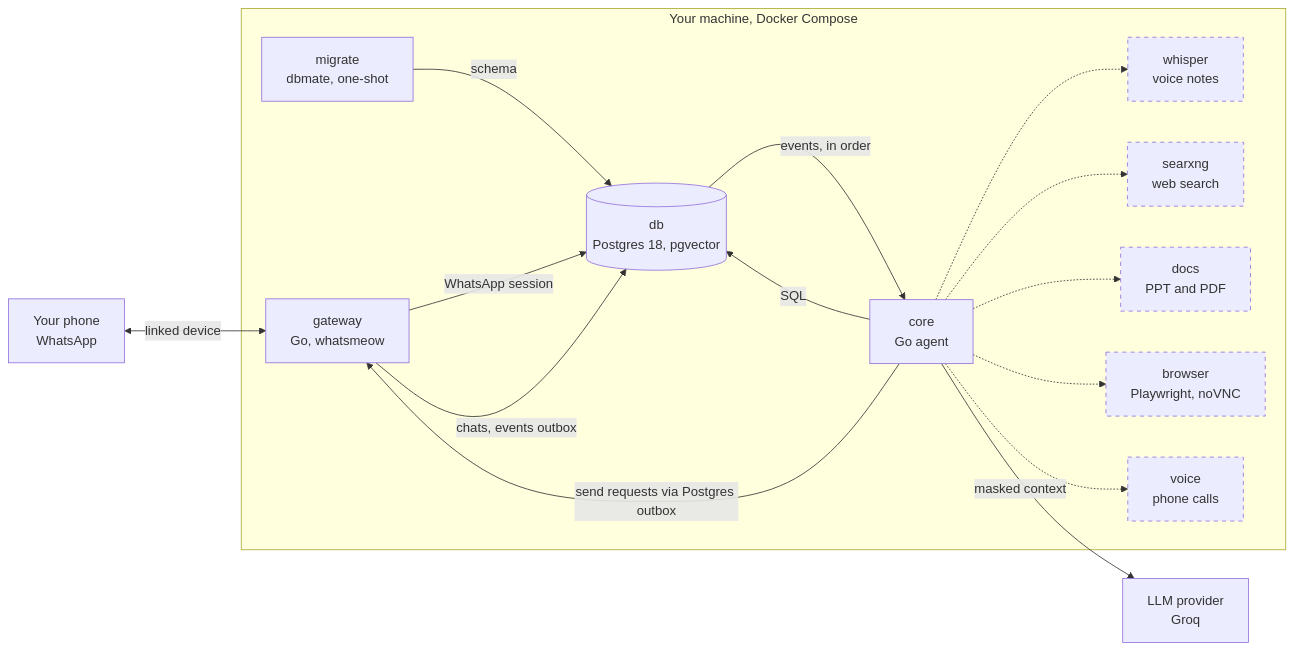
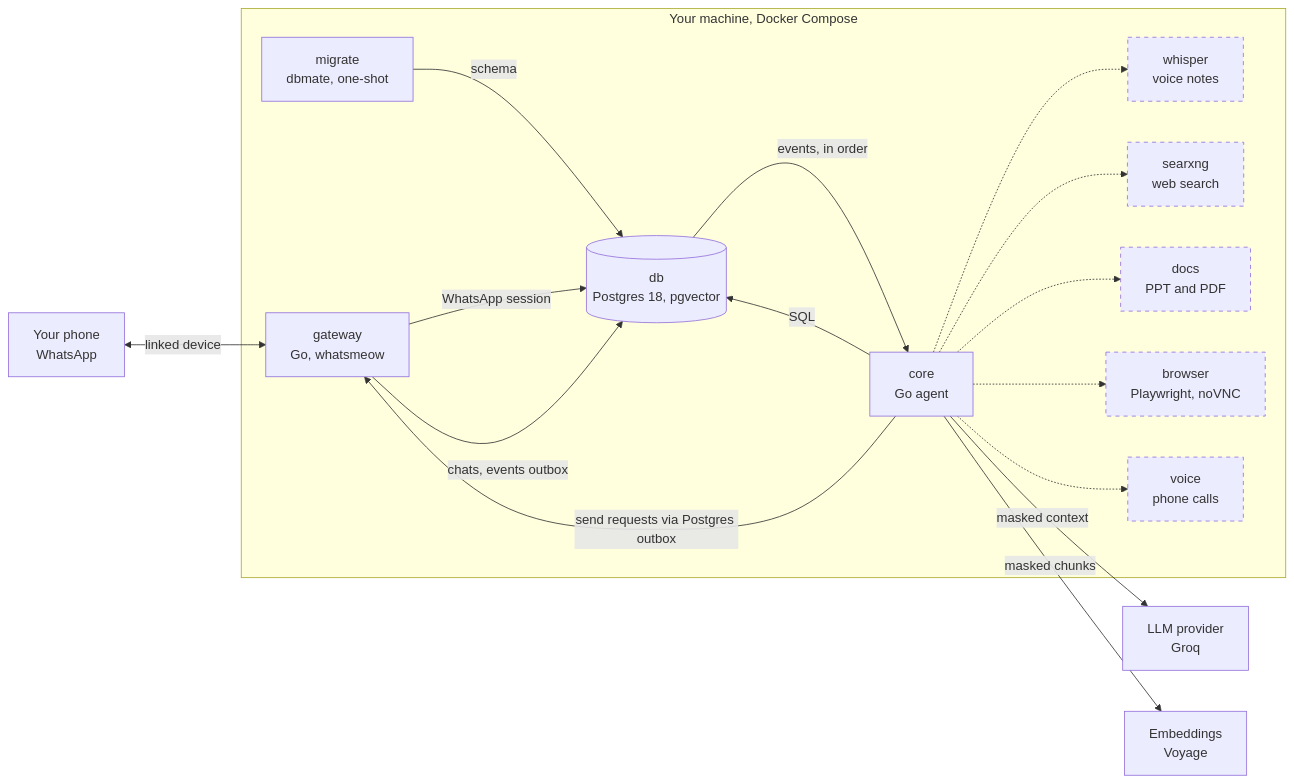
One commit to Anmolas1402/kaya changed the first of 5 diagrams in README.md. Above: the diagram before and after it, drawn with Mermaid. The commit also changed other lines of this file and 2 other files, not shown here.

````diff
--- a/README.md
+++ b/README.md
@@ -166,34 +172,36 @@
 ```mermaid
 flowchart LR
     phone["Your phone<br/>WhatsApp"]
     llm["LLM provider<br/>Groq"]
+    embed["Embeddings<br/>Voyage"]
 
     subgraph host["Your machine, Docker Compose"]
         gateway["gateway<br/>Go, whatsmeow"]
         core["core<br/>Go agent"]
         db[("db<br/>Postgres 18, pgvector")]
         migrate["migrate<br/>dbmate, one-shot"]
         whisper["whisper<br/>voice notes"]
         searxng["searxng<br/>web search"]
         docs["docs<br/>PPT and PDF"]
         browser["browser<br/>Playwright, noVNC"]
         voice["voice<br/>phone calls"]
     end
 
     phone <-->|"linked device"| gateway
     migrate -->|"schema"| db
     gateway -->|"WhatsApp session"| db
     core -->|"SQL"| db
     gateway -->|"chats, events outbox"| db
     db -->|"events, in order"| core
     core -->|"send requests via Postgres outbox"| gateway
     core -->|"masked context"| llm
+    core -->|"masked chunks"| embed
     core -.-> whisper
     core -.-> searxng
     core -.-> docs
     core -.-> browser
     core -.-> voice
 
     classDef planned stroke-dasharray: 5 5
     class whisper,searxng,docs,browser,voice planned
 ```
````
